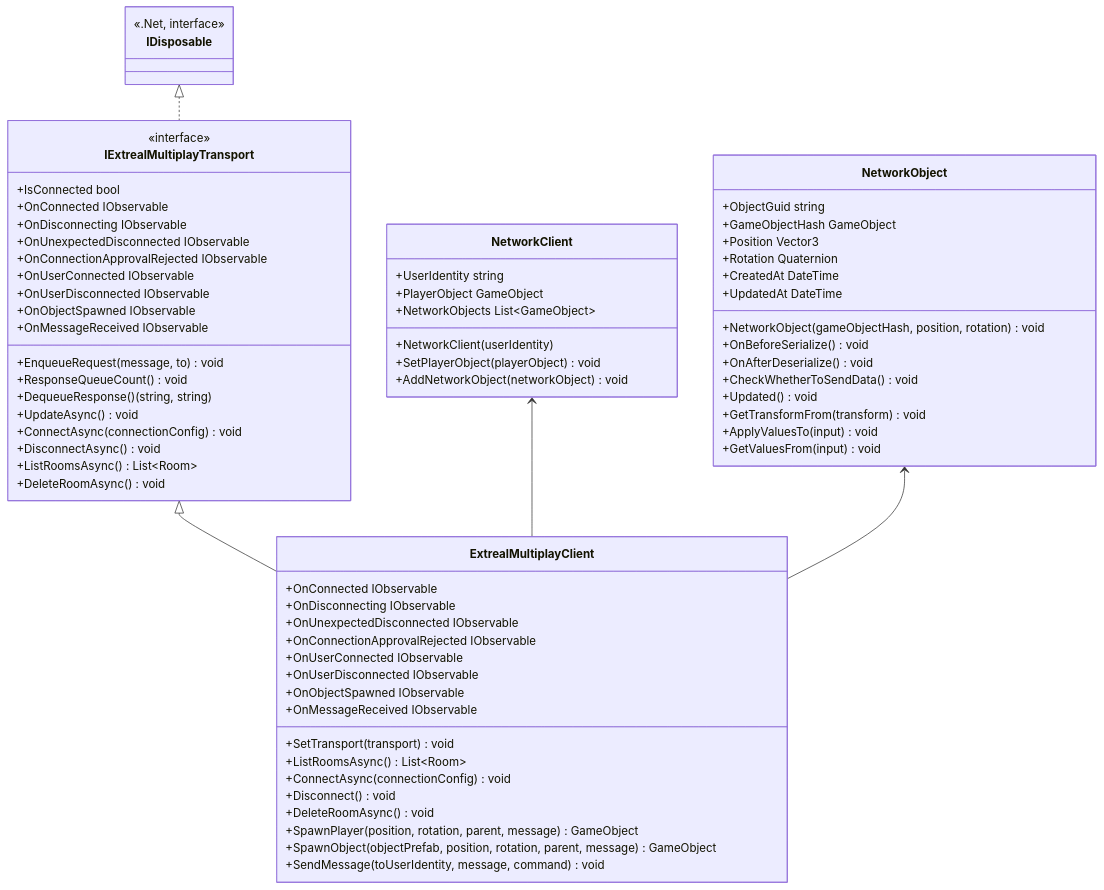
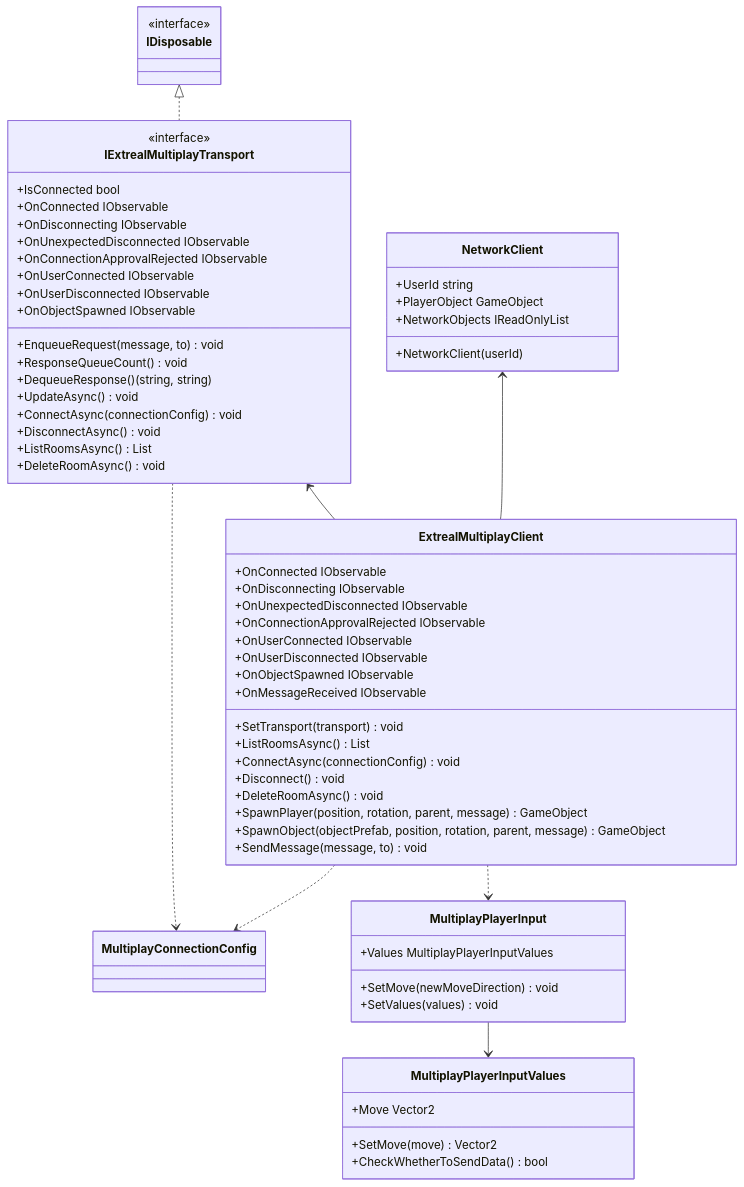
One commit to extreal-dev/Extreal.Guide changed the diagram in docs/integration/multiplay.common.md. Above: the diagram before and after it, drawn with Mermaid. The commit also changed other lines of this file and 5 other files, not shown here.

````diff
--- a/docs/integration/multiplay.common.md
+++ b/docs/integration/multiplay.common.md
@@ -25,80 +21,78 @@
 ```mermaid
 classDiagram
-    IExtrealMultiplayTransport <|-- ExtrealMultiplayClient
+    ExtrealMultiplayClient ..> MultiplayPlayerInput
+    ExtrealMultiplayClient ..> MultiplayConnectionConfig
+
+    IExtrealMultiplayTransport <-- ExtrealMultiplayClient
+    IExtrealMultiplayTransport ..> MultiplayConnectionConfig
     IDisposable <|.. IExtrealMultiplayTransport
     NetworkClient <-- ExtrealMultiplayClient
-    NetworkObject <-- ExtrealMultiplayClient
+
+    MultiplayPlayerInput --> MultiplayPlayerInputValues
 
     class ExtrealMultiplayClient {
         +OnConnected IObservable
         +OnDisconnecting IObservable
         +OnUnexpectedDisconnected IObservable
         +OnConnectionApprovalRejected IObservable
         +OnUserConnected IObservable
         +OnUserDisconnected IObservable
         +OnObjectSpawned IObservable
         +OnMessageReceived IObservable
         +SetTransport(transport) void
-        +ListRoomsAsync() List~Room~
+        +ListRoomsAsync() List
         +ConnectAsync(connectionConfig) void
         +Disconnect() void
         +DeleteRoomAsync() void
         +SpawnPlayer(position, rotation, parent, message) GameObject
         +SpawnObject(objectPrefab, position, rotation, parent, message) GameObject
-        +SendMessage(toUserIdentity, message, command) void
+        +SendMessage(message, to) void
     }
 
     class NetworkClient {
-        +UserIdentity string
+        +UserId string
         +PlayerObject GameObject
-        +NetworkObjects List~GameObject~
-        +NetworkClient(userIdentity)
-        +SetPlayerObject(playerObject) void
-        +AddNetworkObject(networkObject) void
-
-    }
-
-    class NetworkObject {
-        +ObjectGuid string
-        +GameObjectHash GameObject
-        +Position Vector3
-        +Rotation Quaternion
-        +CreatedAt DateTime
-        +UpdatedAt DateTime
-        +NetworkObject(gameObjectHash, position, rotation) void
-        +OnBeforeSerialize() void
-        +OnAfterDeserialize() void
-        +CheckWhetherToSendData() void
-        +Updated() void
-        +GetTransformFrom(transform) void
-        +ApplyValuesTo(input) void
-        +GetValuesFrom(input) void
-
+        +NetworkObjects IReadOnlyList
+        +NetworkClient(userId)
     }
 
     class IExtrealMultiplayTransport {
         <<interface>>
         +IsConnected bool
         +OnConnected IObservable
         +OnDisconnecting IObservable
         +OnUnexpectedDisconnected IObservable
         +OnConnectionApprovalRejected IObservable
         +OnUserConnected IObservable
         +OnUserDisconnected IObservable
         +OnObjectSpawned IObservable
-        +OnMessageReceived IObservable
         +EnqueueRequest(message, to) void
         +ResponseQueueCount() void
         +DequeueResponse() (string, string)
         +UpdateAsync() void
         +ConnectAsync(connectionConfig) void
         +DisconnectAsync() void
-        +ListRoomsAsync() List~Room~
+        +ListRoomsAsync() List
         +DeleteRoomAsync() void
     }
 
+    class MultiplayPlayerInput {
+        +Values MultiplayPlayerInputValues
+        +SetMove(newMoveDirection) void
+        +SetValues(values) void
+    }
+
+    class MultiplayPlayerInputValues {
+        +Move Vector2
+        +SetMove(move) Vector2
+        +CheckWhetherToSendData() bool
+    }
+
+    class MultiplayConnectionConfig {
+    }
+
     class IDisposable {
-        <<.Net, interface>>
+        <<interface>>
     }
     
 ```
````
